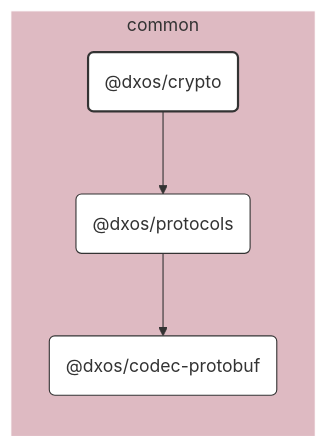
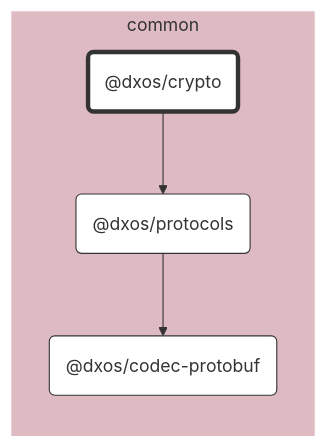
The diagram in packages/common/crypto/docs/README.md (dxos/dxos), drawn with Mermaid before and after one commit. The commit also changed 104 other files, not shown here.

````diff
--- a/packages/common/crypto/docs/README.md
+++ b/packages/common/crypto/docs/README.md
@@ -7,33 +7,26 @@
 ```mermaid
 %%{ init: {'flowchart':{'curve':'basis'}} }%%
 
 flowchart LR
 
-%% Links
-dxos/crypto --> dxos/protocols;
-dxos/protocols --> dxos/codec-protobuf;
+%% Classes
+classDef def fill:#fff,stroke:#333,stroke-width:1px
+classDef root fill:#fff,stroke:#333,stroke-width:4px
 
-%% Sections
-subgraph common
-  style common fill:#debac2,stroke:#fff;
+%% Nodes
 
-  dxos/codec-protobuf("@dxos/codec-protobuf")
-  dxos/crypto("@dxos/crypto")
-  dxos/protocols("@dxos/protocols")
+subgraph common [common]
+  style common fill:#debac2,stroke:#fff
+  dxos/crypto("@dxos/crypto"):::root
+  click dxos/crypto "dxos/dxos/tree/main/packages/common/crypto/docs"
+  dxos/protocols("@dxos/protocols"):::def
+  click dxos/protocols "dxos/dxos/tree/main/packages/common/protocols/docs"
+  dxos/codec-protobuf("@dxos/codec-protobuf"):::def
+  click dxos/codec-protobuf "dxos/dxos/tree/main/packages/common/codec-protobuf/docs"
 end
 
-
-%% Hyperlinks
-click dxos/codec-protobuf "dxos/dxos/tree/main/packages/common/codec-protobuf/docs";
-click dxos/protocols "dxos/dxos/tree/main/packages/common/protocols/docs";
-
-%% Styles
-classDef rootNode fill:#fff,stroke:#333,stroke-width:2px
-classDef defaultNode fill:#fff,stroke:#333,stroke-width:1px
+%% Links
 linkStyle default stroke:#333,stroke-width:1px
-
-dxos/crypto:::rootNode
-
-dxos/codec-protobuf:::defaultNode
-dxos/protocols:::defaultNode
+dxos/crypto --> dxos/protocols
+dxos/protocols --> dxos/codec-protobuf
 ```
````
